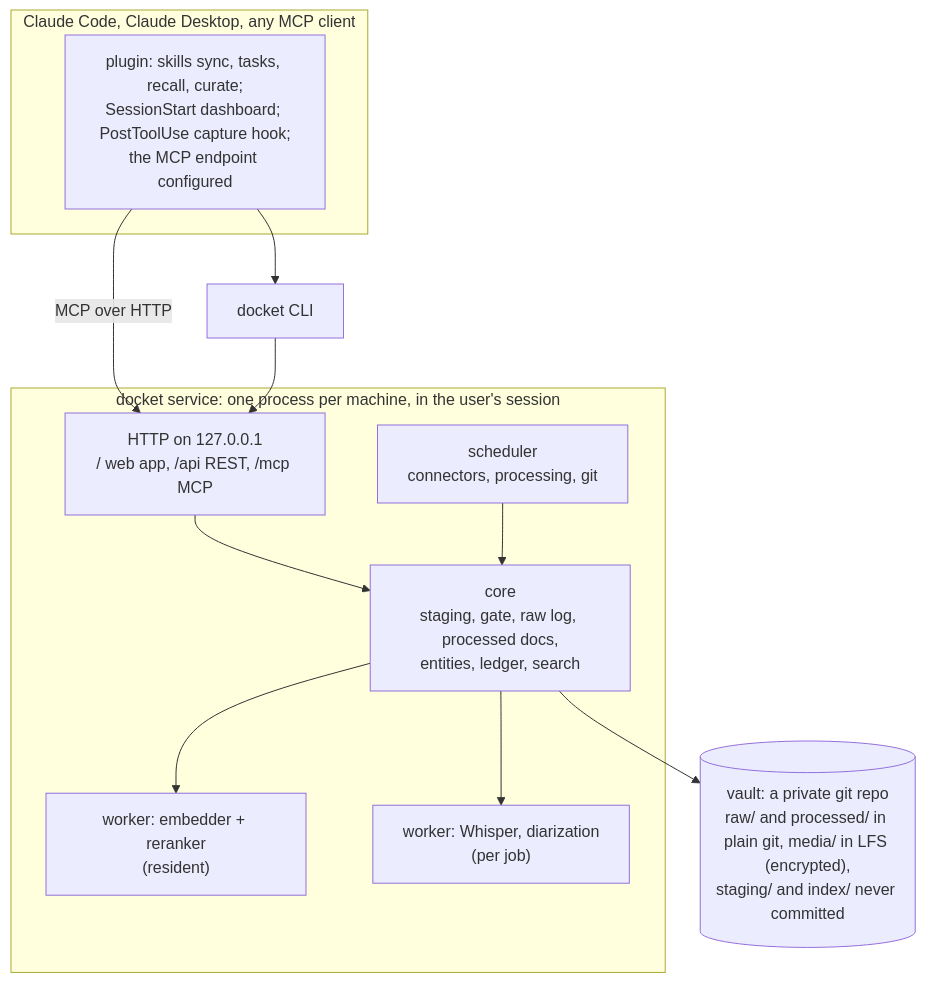
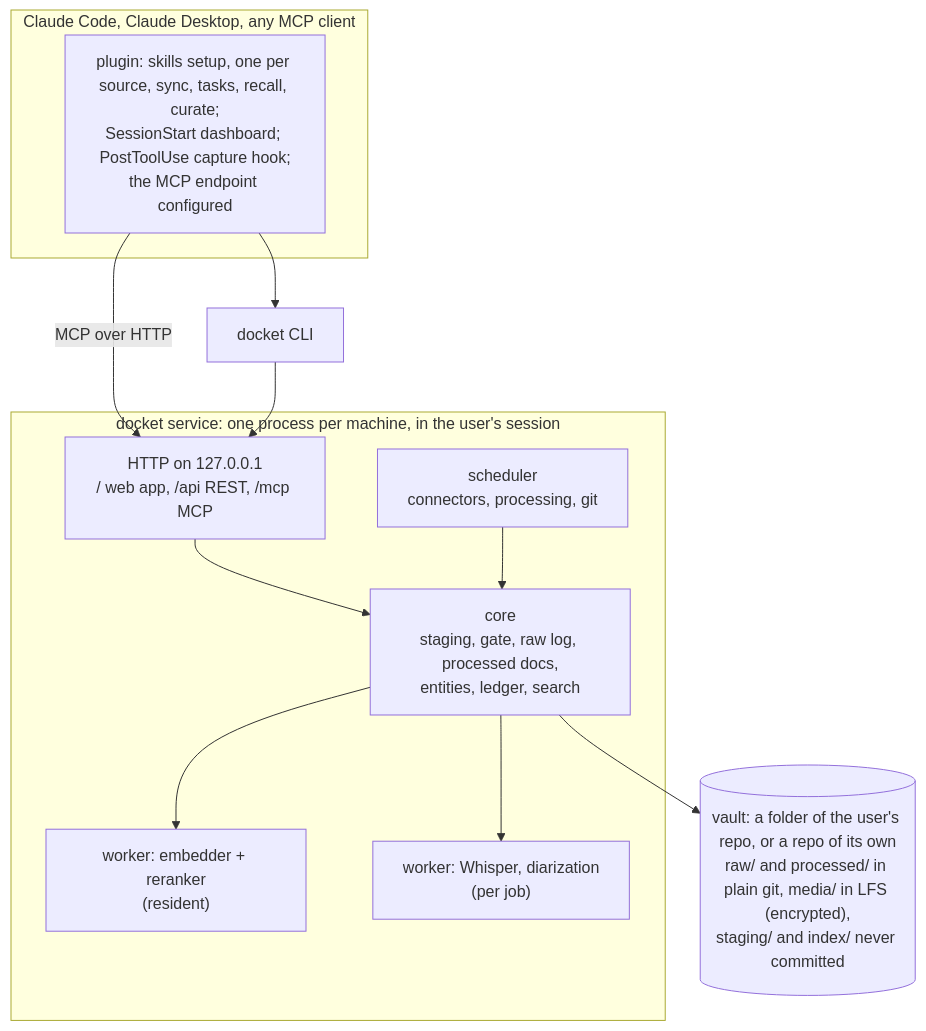
Before and after one commit to serionist/docket: the third of 3 diagrams in docs/design.md, drawn with Mermaid. The commit also changed other lines of this file and 5 other files, not shown here.

First line of the commit message:
Record plugin-first harvesting and storage in the consuming repo

````diff
--- a/docs/design.md
+++ b/docs/design.md
@@ -147,23 +157,23 @@
 ```mermaid
 flowchart TB
   subgraph Claude["Claude Code, Claude Desktop, any MCP client"]
-    PL["plugin: skills sync, tasks, recall, curate;<br/>SessionStart dashboard; PostToolUse capture hook;<br/>the MCP endpoint configured"]
+    PL["plugin: skills setup, one per source, sync, tasks, recall, curate;<br/>SessionStart dashboard; PostToolUse capture hook;<br/>the MCP endpoint configured"]
   end
   subgraph SVC["docket service: one process per machine, in the user's session"]
     HTTP["HTTP on 127.0.0.1<br/>/ web app, /api REST, /mcp MCP"]
     CORE["core<br/>staging, gate, raw log, processed docs,<br/>entities, ledger, search"]
     SCH["scheduler<br/>connectors, processing, git"]
     W1["worker: embedder + reranker<br/>(resident)"]
     W2["worker: Whisper, diarization<br/>(per job)"]
   end
   CLI["docket CLI"]
-  VAULT[("vault: a private git repo<br/>raw/ and processed/ in plain git, media/ in LFS (encrypted),<br/>staging/ and index/ never committed")]
+  VAULT[("vault: a folder of the user's repo, or a repo of its own<br/>raw/ and processed/ in plain git, media/ in LFS (encrypted),<br/>staging/ and index/ never committed")]
   PL -- "MCP over HTTP" --> HTTP
   PL --> CLI
   CLI --> HTTP
   HTTP --> CORE
   SCH --> CORE
   CORE --> W1
   CORE --> W2
   CORE --> VAULT
 ```
````
